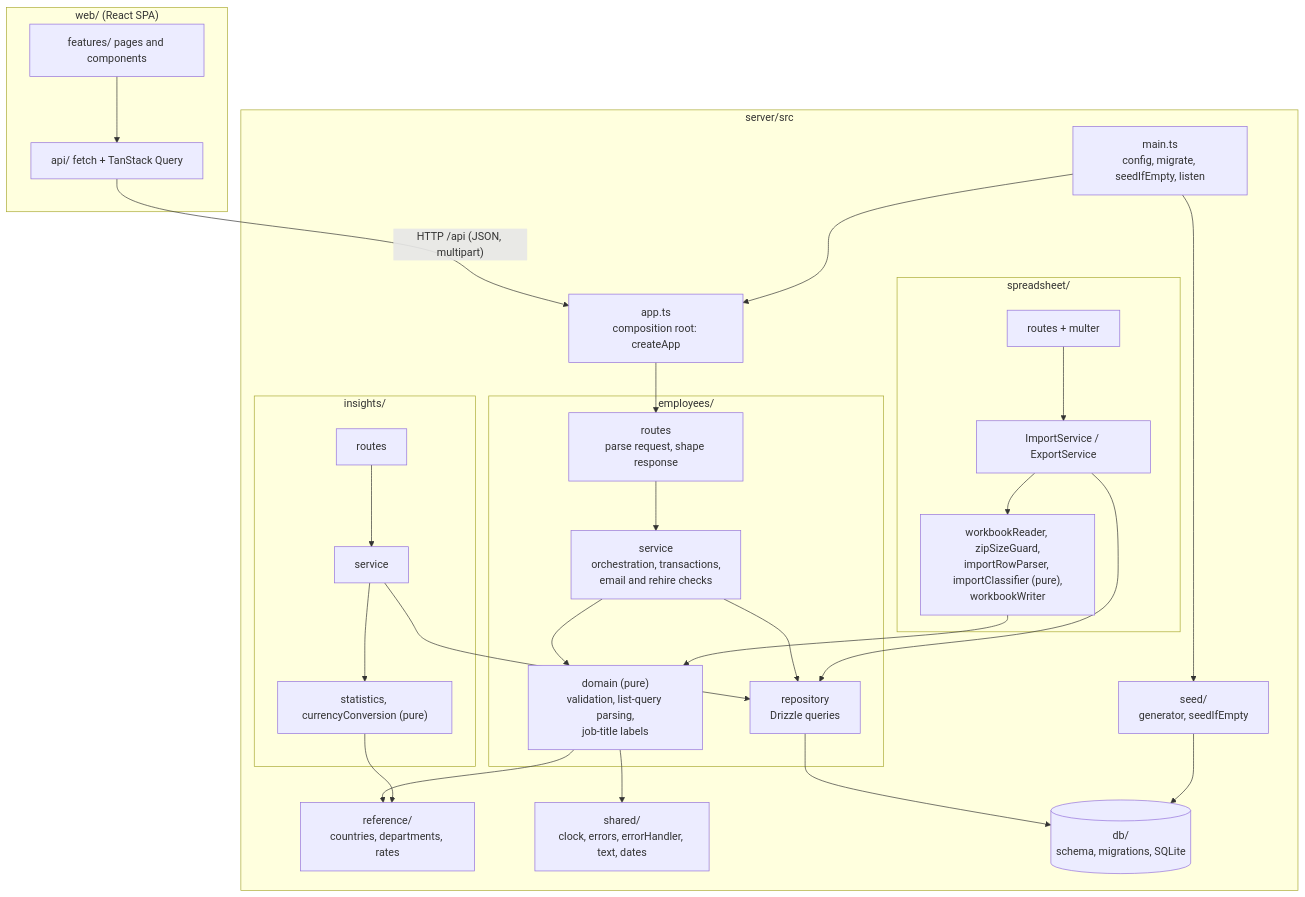
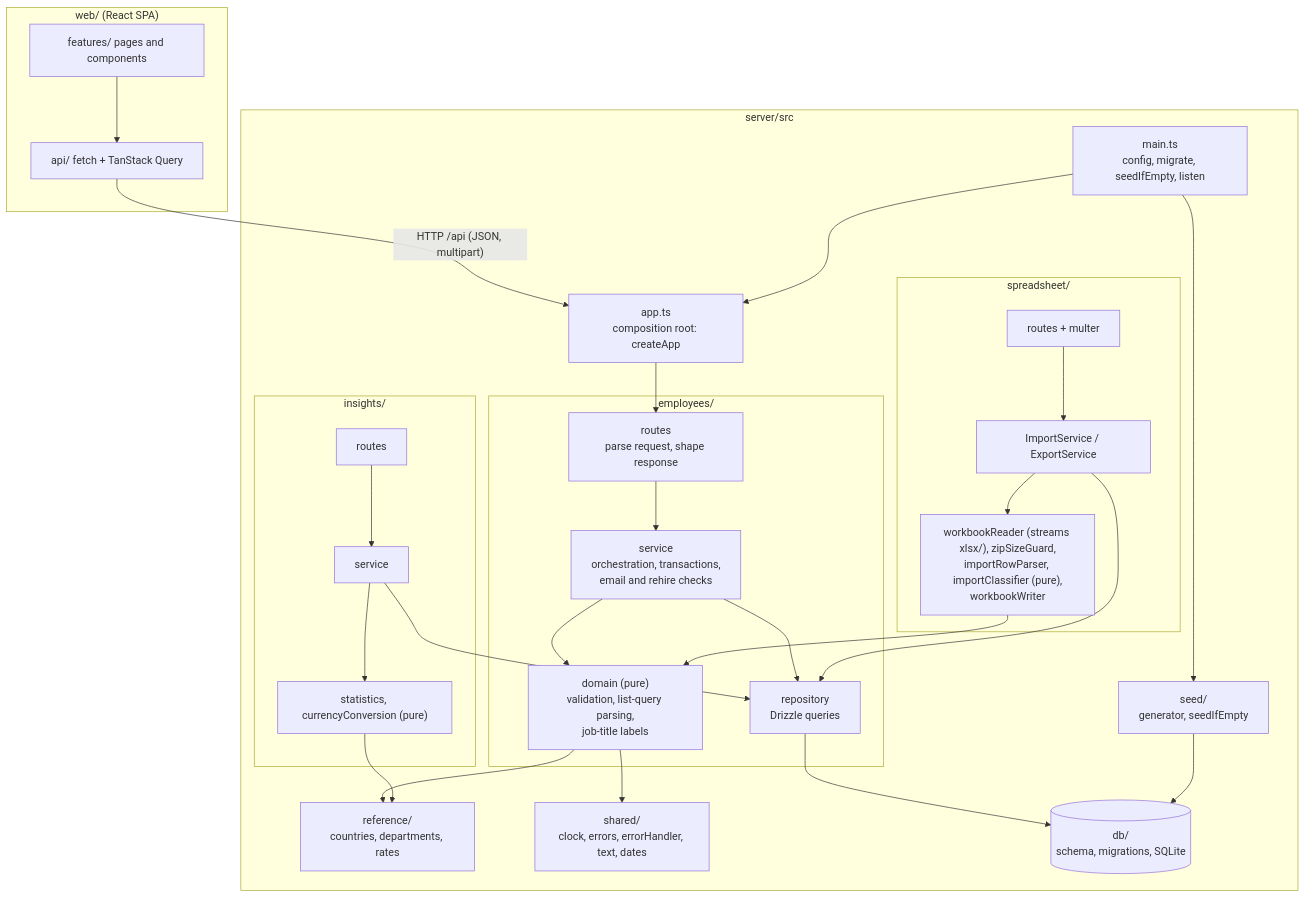
One commit to Krandheer/salary-management changed the first of 2 diagrams in docs/architecture.md. Above: the diagram before and after it, drawn with Mermaid. The commit also changed other lines of this file and 11 other files, not shown here.

````diff
--- a/docs/architecture.md
+++ b/docs/architecture.md
@@ -21,42 +21,42 @@
 ```mermaid
 flowchart TB
     subgraph Web["web/ (React SPA)"]
         Pages["features/ pages and components"] --> ApiClient["api/ fetch + TanStack Query"]
     end
     ApiClient -- "HTTP /api (JSON, multipart)" --> App
 
     subgraph Server["server/src"]
         Main["main.ts<br/>config, migrate, seedIfEmpty, listen"] --> App["app.ts<br/>composition root: createApp"]
         App --> Routes
 
         subgraph Employees["employees/"]
             Routes["routes<br/>parse request, shape response"] --> Service["service<br/>orchestration, transactions,<br/>email and rehire checks"]
             Service --> Domain["domain (pure)<br/>validation, list-query parsing,<br/>job-title labels"]
             Service --> Repo["repository<br/>Drizzle queries"]
         end
 
         subgraph Insights["insights/"]
             InsRoutes["routes"] --> InsService["service"] --> Stats["statistics, currencyConversion (pure)"]
         end
 
         subgraph Spreadsheet["spreadsheet/"]
             SheetRoutes["routes + multer"] --> ImpService["ImportService / ExportService"]
-            ImpService --> Pipeline["workbookReader, zipSizeGuard,<br/>importRowParser, importClassifier (pure),<br/>workbookWriter"]
+            ImpService --> Pipeline["workbookReader (streams xlsx/), zipSizeGuard,<br/>importRowParser, importClassifier (pure),<br/>workbookWriter"]
         end
 
         Reference["reference/<br/>countries, departments, rates"]
         Shared["shared/<br/>clock, errors, errorHandler, text, dates"]
         DB[("db/<br/>schema, migrations, SQLite")]
         Seed["seed/<br/>generator, seedIfEmpty"]
     end
 
     InsService --> Repo
     ImpService --> Repo
     Repo --> DB
     Seed --> DB
     Main --> Seed
     Domain --> Reference
     Domain --> Shared
     Stats --> Reference
     Pipeline --> Domain
 ```
````
